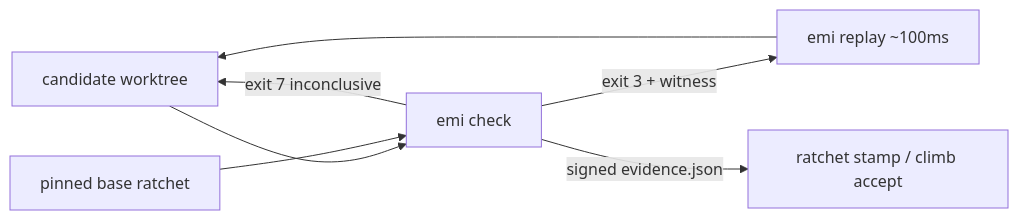
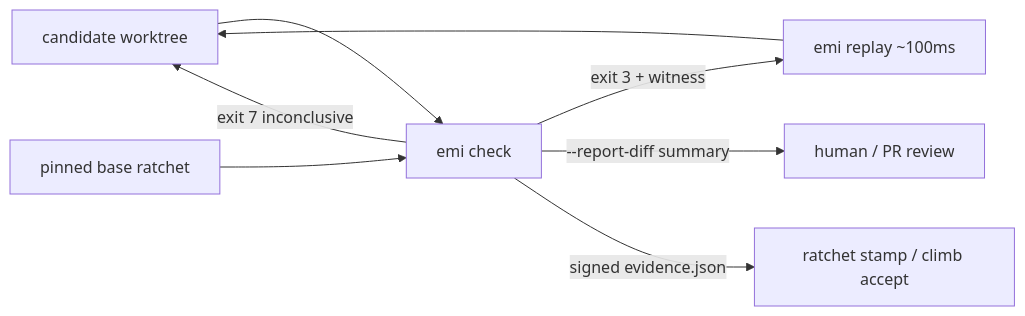
One commit to andrejksi/emiv2 changed the diagram in README.md. Above: the diagram before and after it, drawn with Mermaid. The commit also changed other lines of this file and 14 other files, not shown here.

Commit message:
Work-ready v2: real-repo fixes, --cmd whole-program mode, --report-diff, and static cloud releases

````diff
--- a/README.md
+++ b/README.md
@@ -20,9 +19,10 @@
 ```mermaid
 flowchart LR
     A[candidate worktree] --> C[emi check]
     R[pinned base ratchet] --> C
     C -->|exit 3 + witness| RP[emi replay ~100ms]
     RP --> A
     C -->|exit 7 inconclusive| A
+    C -->|--report-diff summary| REV[human / PR review]
     C -->|signed evidence.json| M[ratchet stamp / climb accept]
 ```
````
